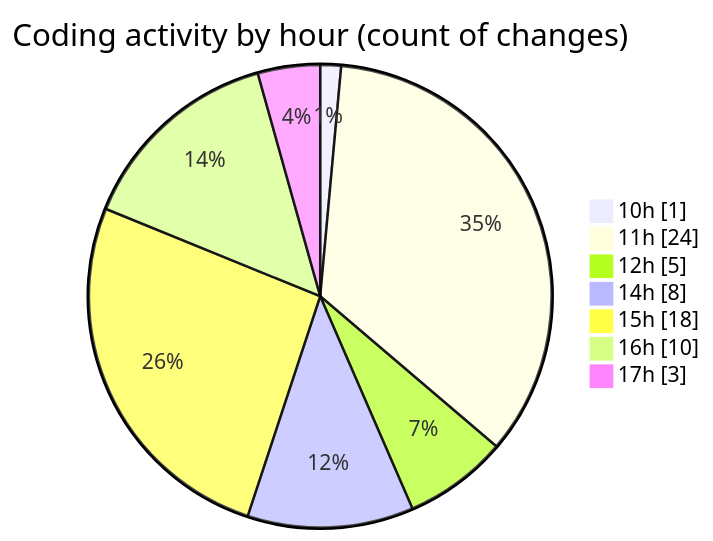
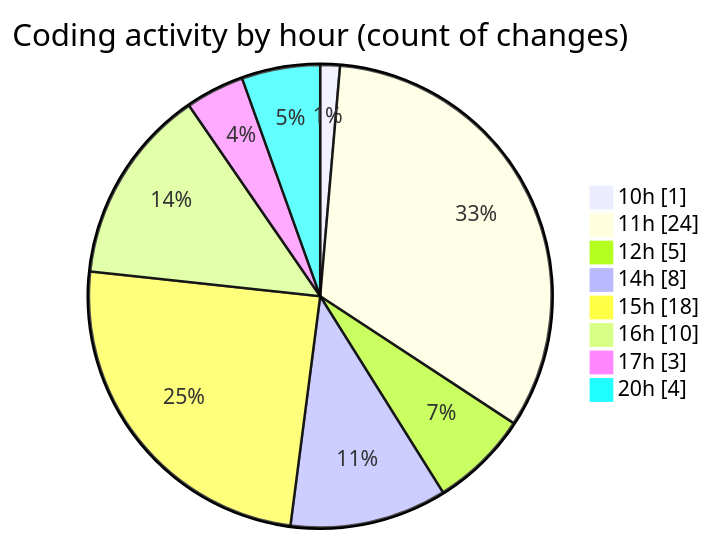
Before and after one commit to debugP/code-tracking: the second of 2 diagrams in 2025-10-03/untitled__workspace_/README.md, drawn with Mermaid. The commit also changed other lines of this file and 1 other file, not shown here.

````diff
--- a/2025-10-03/untitled__workspace_/README.md
+++ b/2025-10-03/untitled__workspace_/README.md
@@ -31,11 +31,12 @@
 ```mermaid
 pie showData
 title Coding activity by hour (count of changes)
 "10h" : 1
 "11h" : 24
 "12h" : 5
 "14h" : 8
 "15h" : 18
 "16h" : 10
 "17h" : 3
+"20h" : 4
 ```
````
